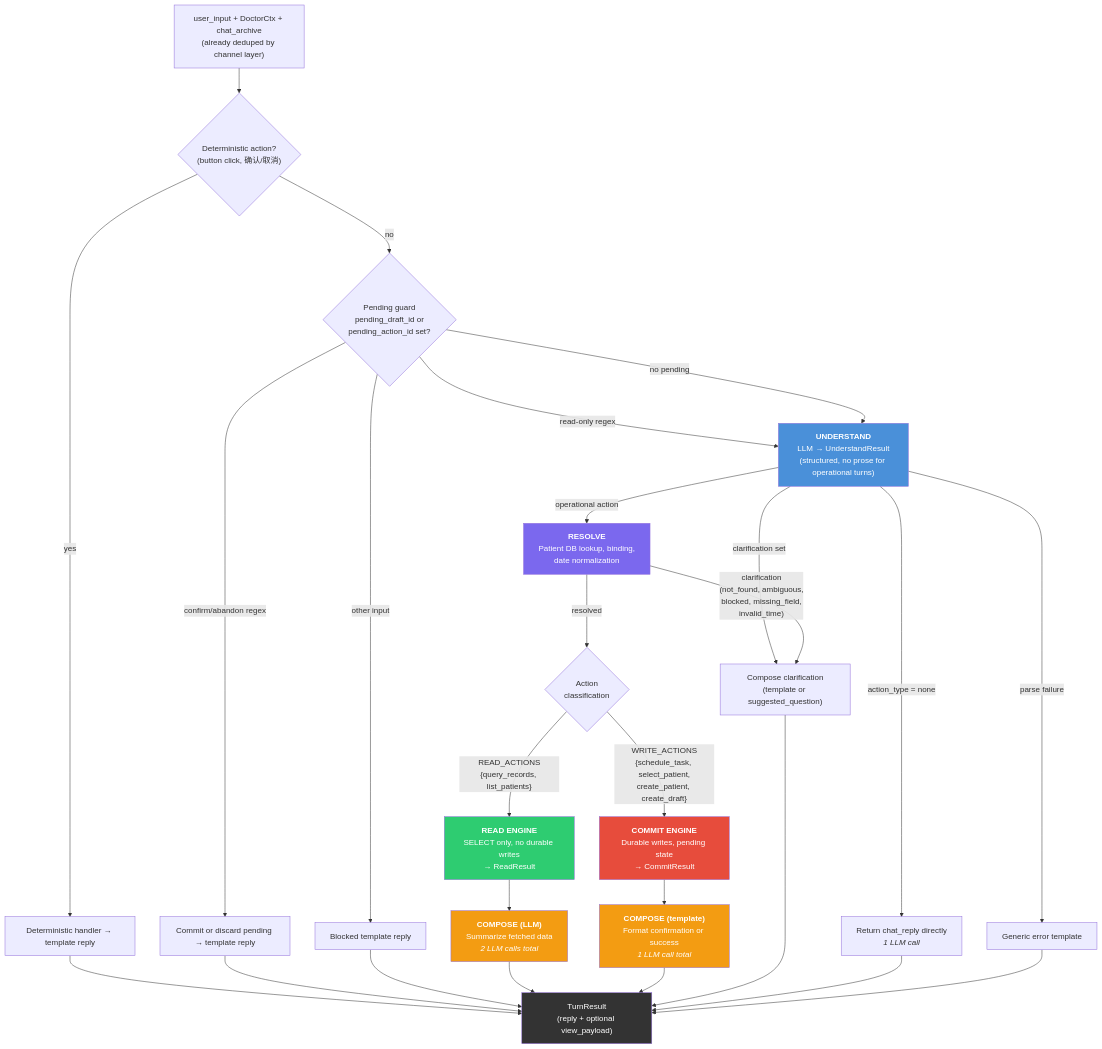
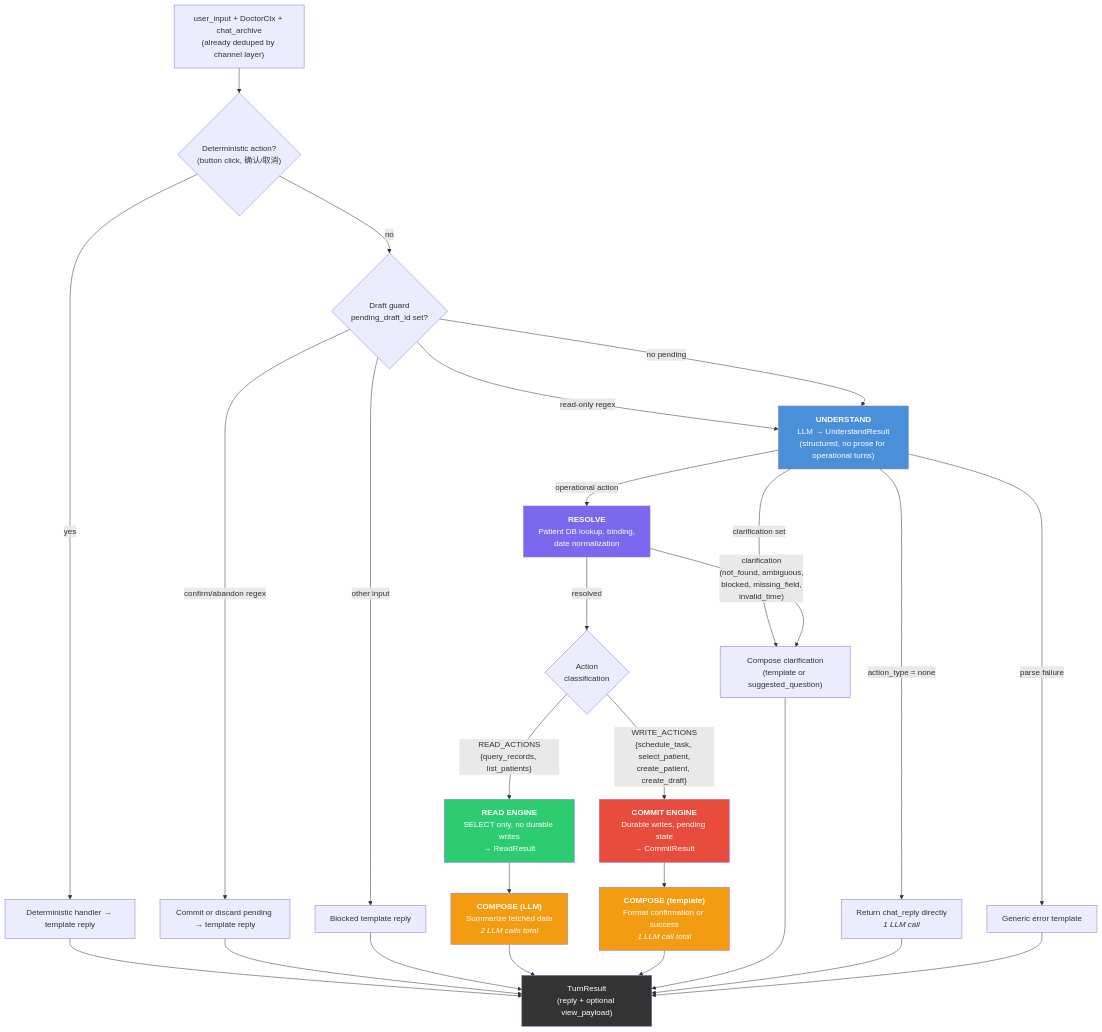
One commit to moments8890/doctor-ai-agent changed the first of 7 diagrams in docs/adr/0012-architecture-diagram.md. Above: the diagram before and after it, drawn with Mermaid. The commit also changed other lines of this file and 2 other files, not shown here.

First line of the commit message:
docs: schedule_task commits immediately — drop pending action state machine

````diff
--- a/docs/adr/0012-architecture-diagram.md
+++ b/docs/adr/0012-architecture-diagram.md
@@ -8,59 +8,59 @@
 ```mermaid
 flowchart TD
     input["user_input + DoctorCtx + chat_archive<br/>(already deduped by channel layer)"]
 
     %% Pre-pipeline guards
     input --> det{"Deterministic action?<br/>(button click, 确认/取消)"}
     det -->|yes| det_handler["Deterministic handler → template reply"]
-    det -->|no| pending{"Pending guard<br/>pending_draft_id or<br/>pending_action_id set?"}
+    det -->|no| pending{"Draft guard<br/>pending_draft_id set?"}
 
     pending -->|"confirm/abandon regex"| commit_or_discard["Commit or discard pending → template reply"]
     pending -->|"read-only regex"| understand
     pending -->|"other input"| blocked_reply["Blocked template reply"]
     pending -->|"no pending"| understand
 
     %% Understand phase
     understand["<b>UNDERSTAND</b><br/>LLM → UnderstandResult<br/>(structured, no prose for operational turns)"]
 
     understand -->|"action_type = none"| direct_reply["Return chat_reply directly<br/><i>1 LLM call</i>"]
     understand -->|"clarification set"| clarify_compose["Compose clarification<br/>(template or suggested_question)"]
     understand -->|"parse failure"| error_template["Generic error template"]
     understand -->|"operational action"| resolve
 
     %% Execute phase - Resolve
     resolve["<b>RESOLVE</b><br/>Patient DB lookup, binding,<br/>date normalization"]
 
     resolve -->|"clarification<br/>(not_found, ambiguous,<br/>blocked, missing_field,<br/>invalid_time)"| clarify_compose
     resolve -->|"resolved"| dispatch{"Action<br/>classification"}
 
     dispatch -->|"READ_ACTIONS<br/>{query_records, list_patients}"| read_engine
     dispatch -->|"WRITE_ACTIONS<br/>{schedule_task, select_patient,<br/>create_patient, create_draft}"| commit_engine
 
     %% Read engine
     read_engine["<b>READ ENGINE</b><br/>SELECT only, no durable writes<br/>→ ReadResult"]
 
     %% Commit engine
     commit_engine["<b>COMMIT ENGINE</b><br/>Durable writes, pending state<br/>→ CommitResult"]
 
     %% Compose phase
     read_engine --> compose_llm["<b>COMPOSE (LLM)</b><br/>Summarize fetched data<br/><i>2 LLM calls total</i>"]
     commit_engine --> compose_template["<b>COMPOSE (template)</b><br/>Format confirmation or success<br/><i>1 LLM call total</i>"]
 
     det_handler --> turn_result["TurnResult<br/>(reply + optional view_payload)"]
     commit_or_discard --> turn_result
     blocked_reply --> turn_result
     compose_llm --> turn_result
     compose_template --> turn_result
     clarify_compose --> turn_result
     direct_reply --> turn_result
     error_template --> turn_result
 
     %% Styling
     style understand fill:#4a90d9,color:#fff
     style resolve fill:#7b68ee,color:#fff
     style read_engine fill:#2ecc71,color:#fff
     style commit_engine fill:#e74c3c,color:#fff
     style compose_llm fill:#f39c12,color:#fff
     style compose_template fill:#f39c12,color:#fff
     style turn_result fill:#333,color:#fff
 ```
````
